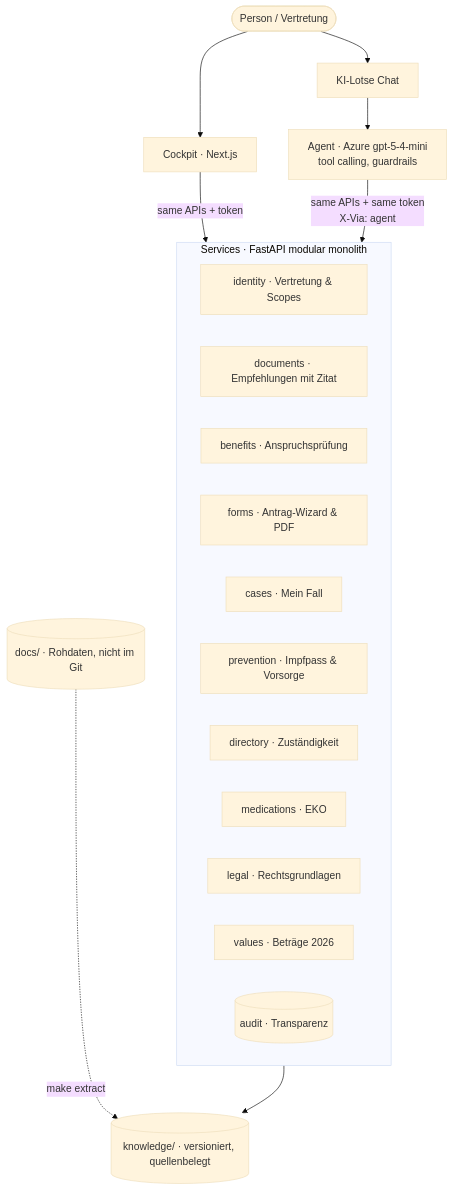
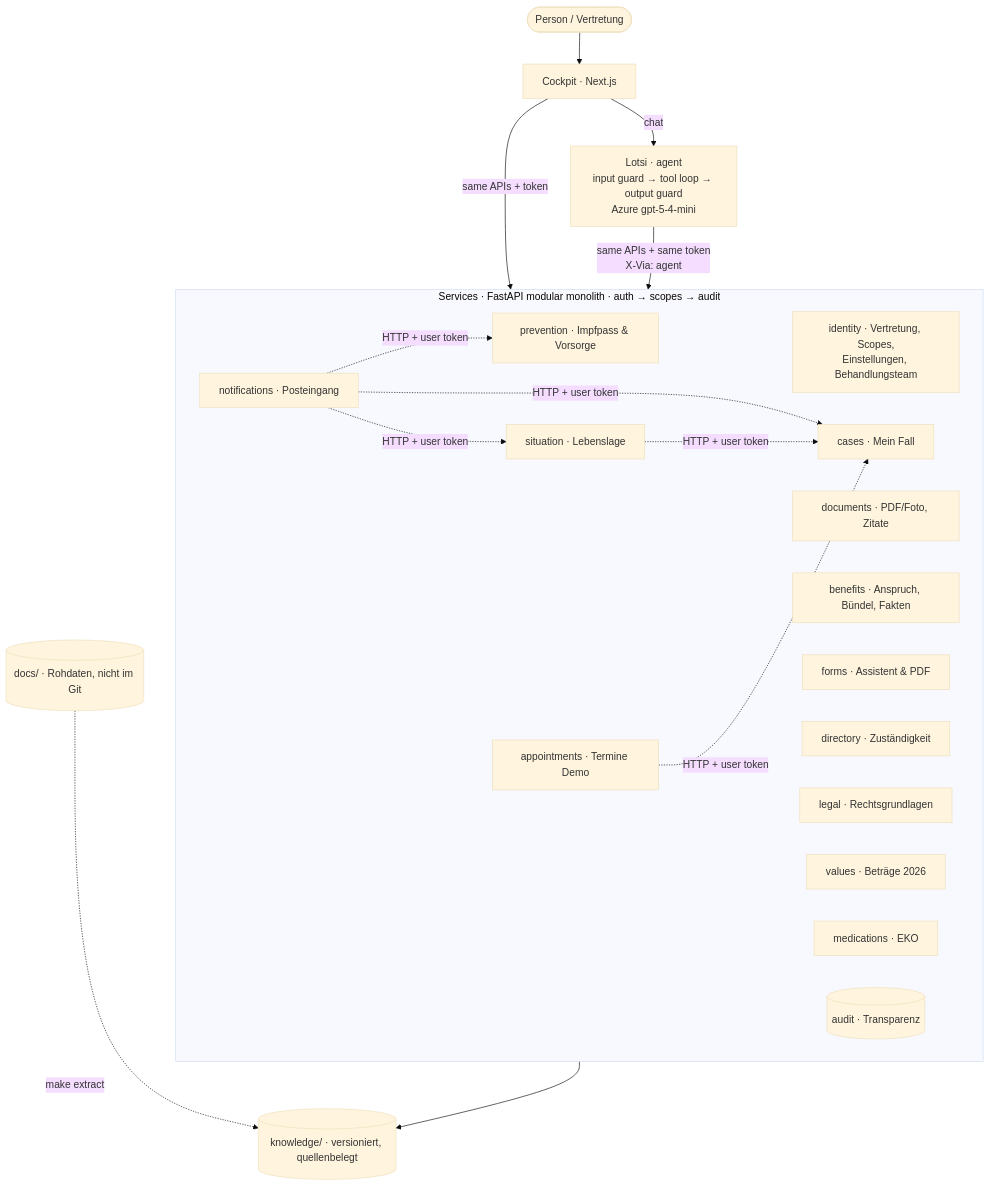
One commit to KIChallenge/MaxTenzin changed the diagram in README.md. Above: the diagram before and after it, drawn with Mermaid (base theme). The commit also changed other lines of this file, not shown here.

Commit message:
[DOC] docs: README to current state (Lebenslage, Termine, Bündel, Lotsi, verified numbers, screenshots)

````diff
--- a/README.md
+++ b/README.md
@@ -32,23 +67,28 @@
 ```mermaid
 flowchart TB
   user([Person / Vertretung]) --> web[Cockpit · Next.js]
-  user --> chat[KI-Lotse Chat]
+  web -->|chat| agent
   web -->|same APIs + token| api
-  chat --> agent[Agent · Azure gpt-5-4-mini<br/>tool calling, guardrails]
-  agent -->|same APIs + same token<br/>X-Via: agent| api
-  subgraph api[Services · FastAPI modular monolith]
-    identity[identity · Vertretung & Scopes]
-    documents[documents · Empfehlungen mit Zitat]
-    benefits[benefits · Anspruchsprüfung]
-    forms[forms · Antrag-Wizard & PDF]
+  agent[Lotsi · agent<br/>input guard → tool loop → output guard<br/>Azure gpt-5-4-mini] -->|same APIs + same token<br/>X-Via: agent| api
+  subgraph api[Services · FastAPI modular monolith · auth → scopes → audit]
+    identity[identity · Vertretung, Scopes,<br/>Einstellungen, Behandlungsteam]
+    situation[situation · Lebenslage]
+    documents[documents · PDF/Foto, Zitate]
+    benefits[benefits · Anspruch, Bündel, Fakten]
+    forms[forms · Assistent & PDF]
     cases[cases · Mein Fall]
+    appointments[appointments · Termine Demo]
     prevention[prevention · Impfpass & Vorsorge]
+    notifications[notifications · Posteingang]
     directory[directory · Zuständigkeit]
-    medications[medications · EKO]
     legal[legal · Rechtsgrundlagen]
     values[values · Beträge 2026]
+    medications[medications · EKO]
     audit[(audit · Transparenz)]
   end
+  notifications -.->|HTTP + user token| prevention & situation & cases
+  situation -.->|HTTP + user token| cases
+  appointments -.->|HTTP + user token| cases
   api --> knowledge[(knowledge/ · versioniert, quellenbelegt)]
   raw[(docs/ · Rohdaten, nicht im Git)] -.make extract.-> knowledge
 ```
````
